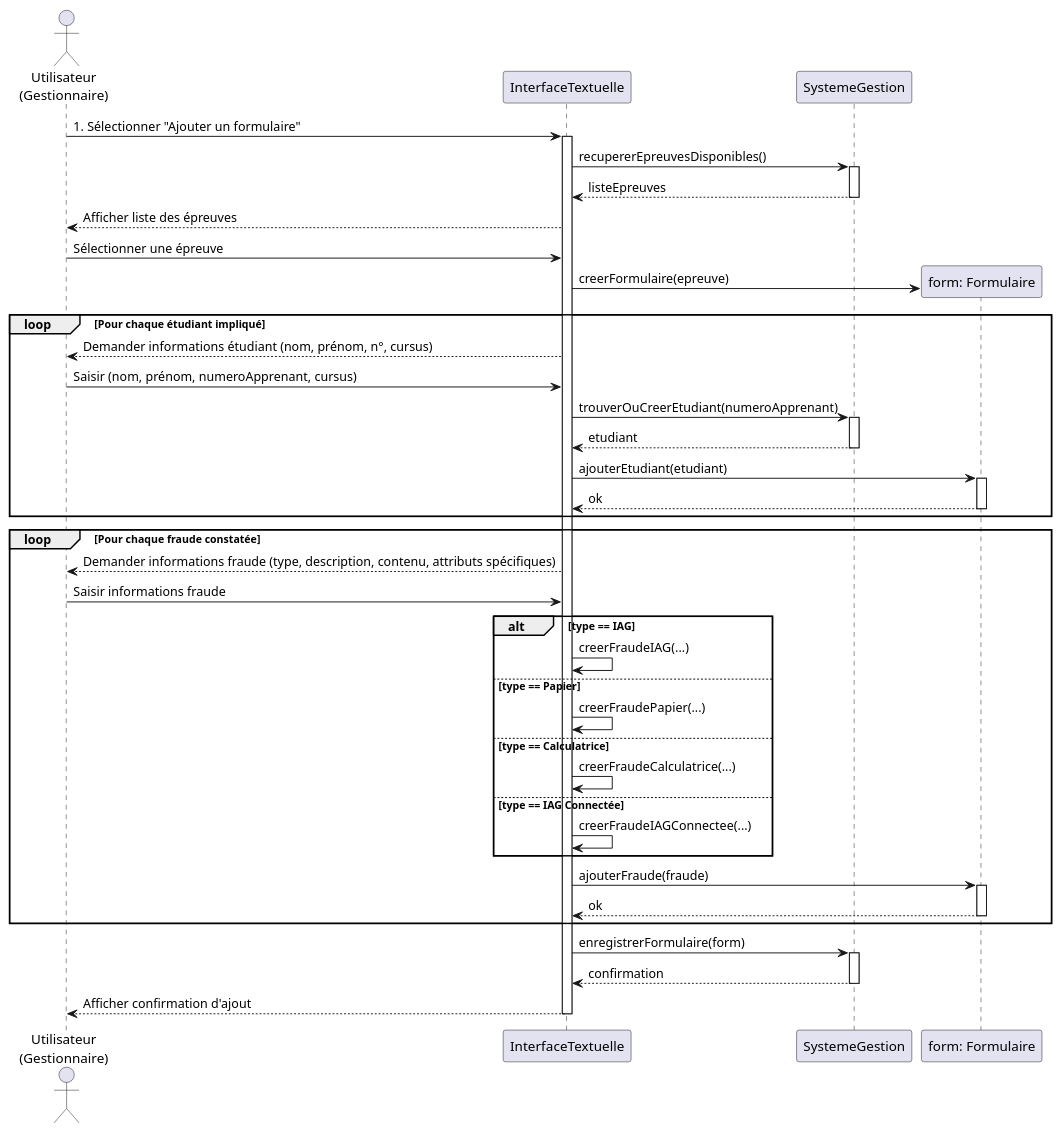
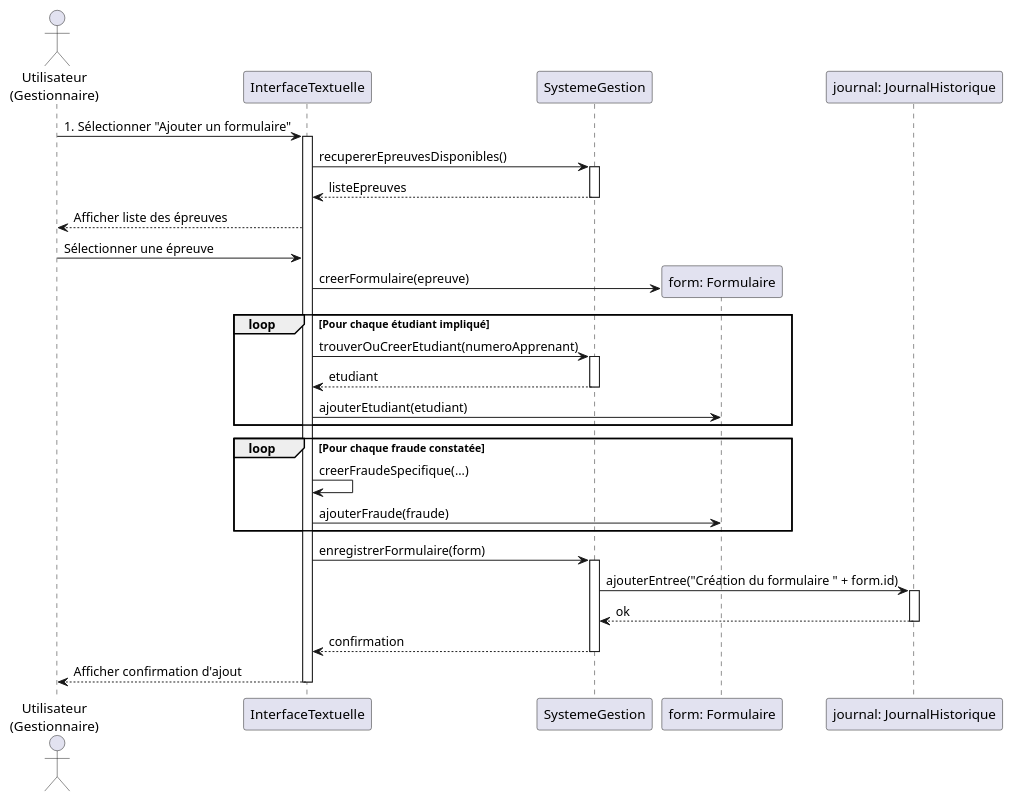
The diagram in diagramme/Sequence.puml (guillaumepgt/ProjetFraude), drawn with PlantUML before and after one commit. The commit also changed 1 other file, not shown here.

Commit message:
diagramme

```diff
--- a/diagramme/Sequence.puml
+++ b/diagramme/Sequence.puml
@@ -1,61 +1,46 @@
 @startuml
 
 actor "Utilisateur\n(Gestionnaire)" as User
 participant "InterfaceTextuelle" as UI
 participant "SystemeGestion" as Sys
 participant "form: Formulaire" as Form
+participant "journal: JournalHistorique" as Journal
 
 User -> UI : 1. Sélectionner "Ajouter un formulaire"
 activate UI
 
 UI -> Sys : recupererEpreuvesDisponibles()
 activate Sys
 Sys --> UI : listeEpreuves
 deactivate Sys
 
 UI --> User : Afficher liste des épreuves
 User -> UI : Sélectionner une épreuve
 UI -> Form ** : creerFormulaire(epreuve)
 
 loop Pour chaque étudiant impliqué
-    UI --> User : Demander informations étudiant (nom, prénom, n°, cursus)
-    User -> UI : Saisir (nom, prénom, numeroApprenant, cursus)
     UI -> Sys : trouverOuCreerEtudiant(numeroApprenant)
     activate Sys
     Sys --> UI : etudiant
     deactivate Sys
     UI -> Form : ajouterEtudiant(etudiant)
-    activate Form
-    Form --> UI : ok
-    deactivate Form
 end
 
 loop Pour chaque fraude constatée
-    UI --> User : Demander informations fraude (type, description, contenu, attributs spécifiques)
-    User -> UI : Saisir informations fraude
-
-    alt type == IAG
-        UI -> UI : creerFraudeIAG(...)
-    else type == Papier
-        UI -> UI : creerFraudePapier(...)
-    else type == Calculatrice
-        UI -> UI : creerFraudeCalculatrice(...)
-    else type == IAG Connectée
-        UI -> UI : creerFraudeIAGConnectee(...)
-    end
-
+    UI -> UI : creerFraudeSpecifique(...)
     UI -> Form : ajouterFraude(fraude)
-    activate Form
-    Form --> UI : ok
-    deactivate Form
 end
 
 UI -> Sys : enregistrerFormulaire(form)
 activate Sys
+Sys -> Journal : ajouterEntree("Création du formulaire " + form.id)
+activate Journal
+Journal --> Sys : ok
+deactivate Journal
 Sys --> UI : confirmation
 deactivate Sys
 
 UI --> User : Afficher confirmation d'ajout
 deactivate UI
 
 @enduml
```
